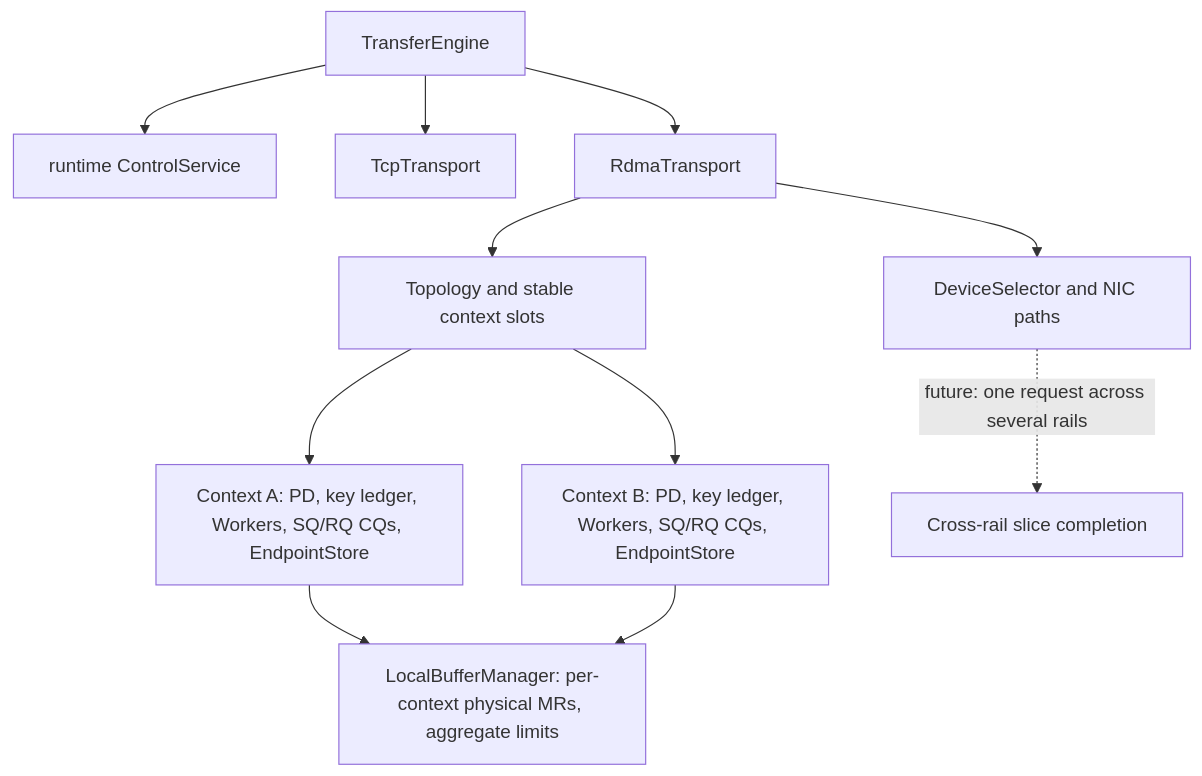
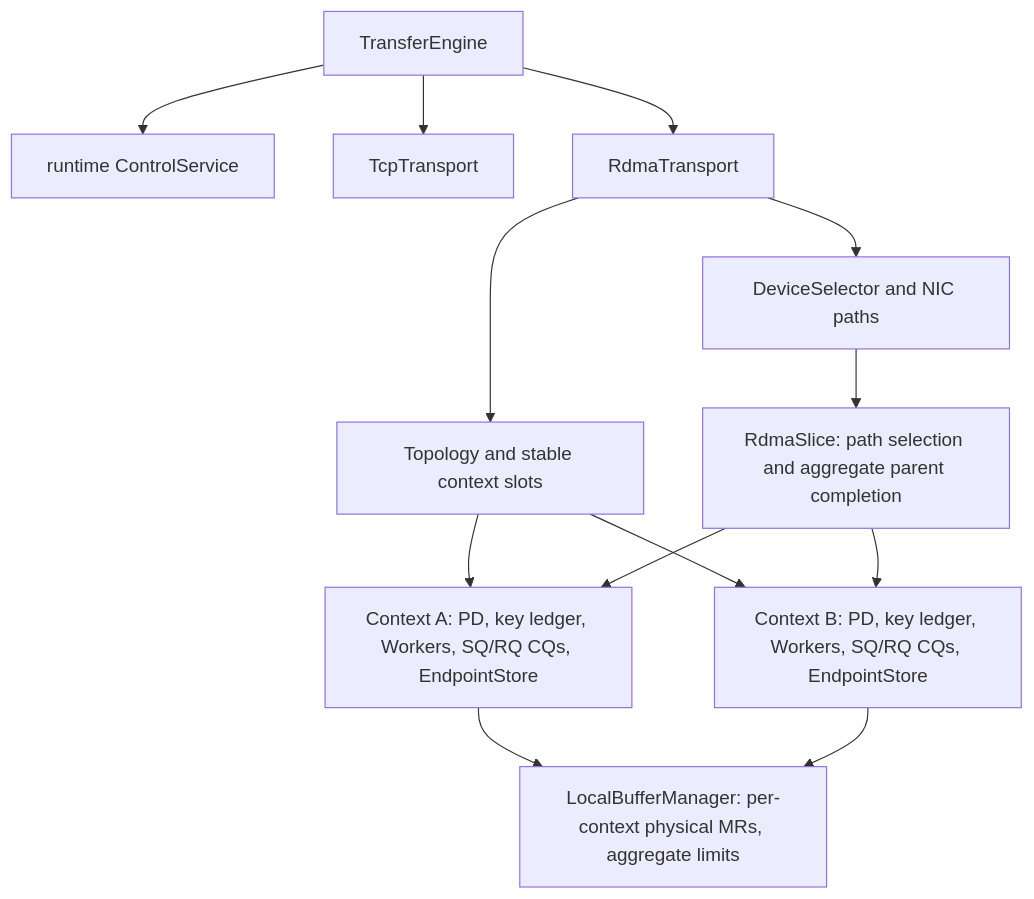
The diagram in docs/rdma-cuda.md (OrbitInfra/OrbitTE), drawn with Mermaid before and after one commit. The commit also changed other lines of this file and 28 other files, not shown here.

Commit message:
feat(rdma): publish context MRs and schedule cross-rail slices

````diff
--- a/docs/rdma-cuda.md
+++ b/docs/rdma-cuda.md
@@ -2002,13 +2006,15 @@
 ```mermaid
 flowchart TD
     E[TransferEngine] --> C[runtime ControlService]
     E --> TCP[TcpTransport]
     E --> R[RdmaTransport]
     R --> T[Topology and stable context slots]
     R --> S[DeviceSelector and NIC paths]
     T --> A[Context A: PD, key ledger, Workers, SQ/RQ CQs, EndpointStore]
     T --> B[Context B: PD, key ledger, Workers, SQ/RQ CQs, EndpointStore]
     A --> M[LocalBufferManager: per-context physical MRs, aggregate limits]
     B --> M
-    S -. future: one request across several rails .-> F[Cross-rail slice completion]
+    S --> F[RdmaSlice: path selection and aggregate parent completion]
+    F --> A
+    F --> B
 ```
````
